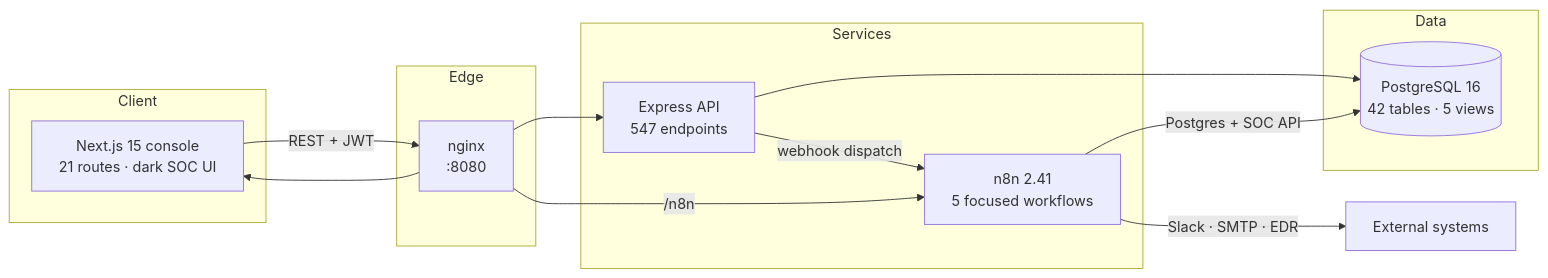
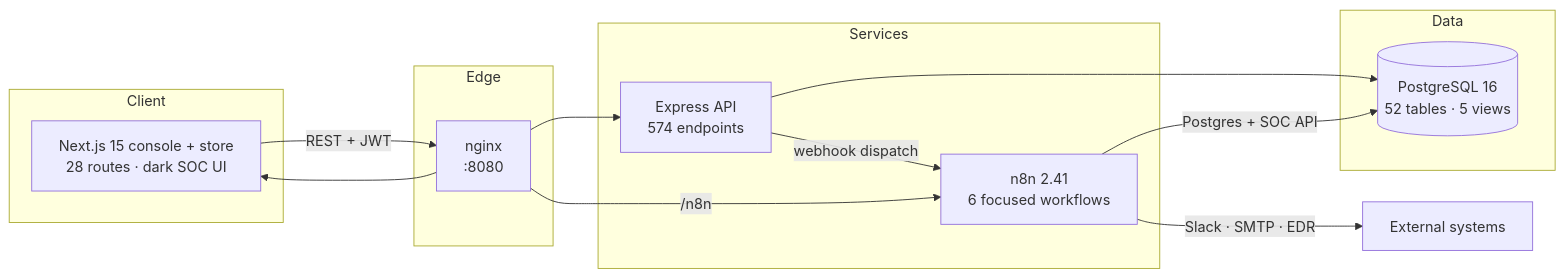
The diagram in README.md (Chamm286/MedicareGuard), drawn with Mermaid before and after one commit. The commit also changed other lines of this file, not shown here.

Commit message:
docs: document Medicare Store, workflows and security tests

````diff
--- a/README.md
+++ b/README.md
@@ -57,28 +59,28 @@
 ```mermaid
 flowchart LR
   subgraph Client
-    B["Next.js 15 console<br/>21 routes · dark SOC UI"]
+    B["Next.js 15 console + store<br/>28 routes · dark SOC UI"]
   end
 
   subgraph Edge
     N["nginx<br/>:8080"]
   end
 
   subgraph Services
-    A["Express API<br/>547 endpoints"]
-    W["n8n 2.41<br/>5 focused workflows"]
+    A["Express API<br/>574 endpoints"]
+    W["n8n 2.41<br/>6 focused workflows"]
   end
 
   subgraph Data
-    P[("PostgreSQL 16<br/>42 tables · 5 views")]
+    P[("PostgreSQL 16<br/>52 tables · 5 views")]
   end
 
   B -->|REST + JWT| N
   N --> A
   N --> B
   N -->|/n8n| W
   A --> P
   W -->|Postgres + SOC API| P
   W -->|Slack · SMTP · EDR| X["External systems"]
   A -->|webhook dispatch| W
 ```
````
